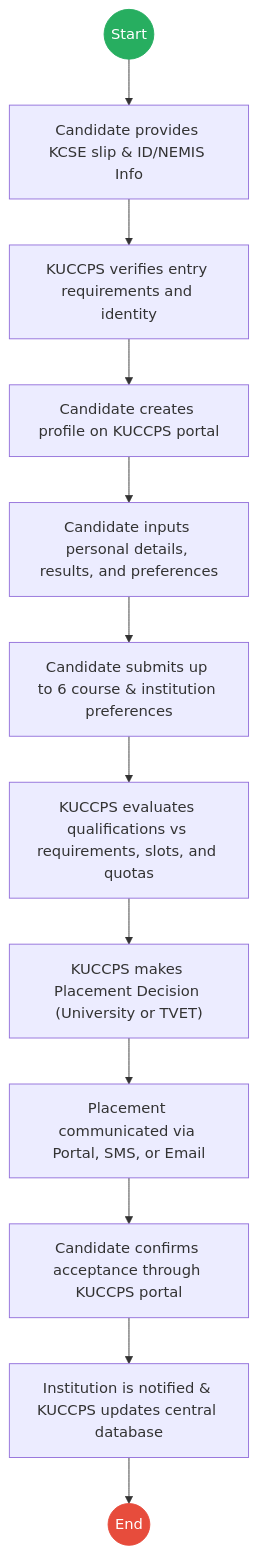
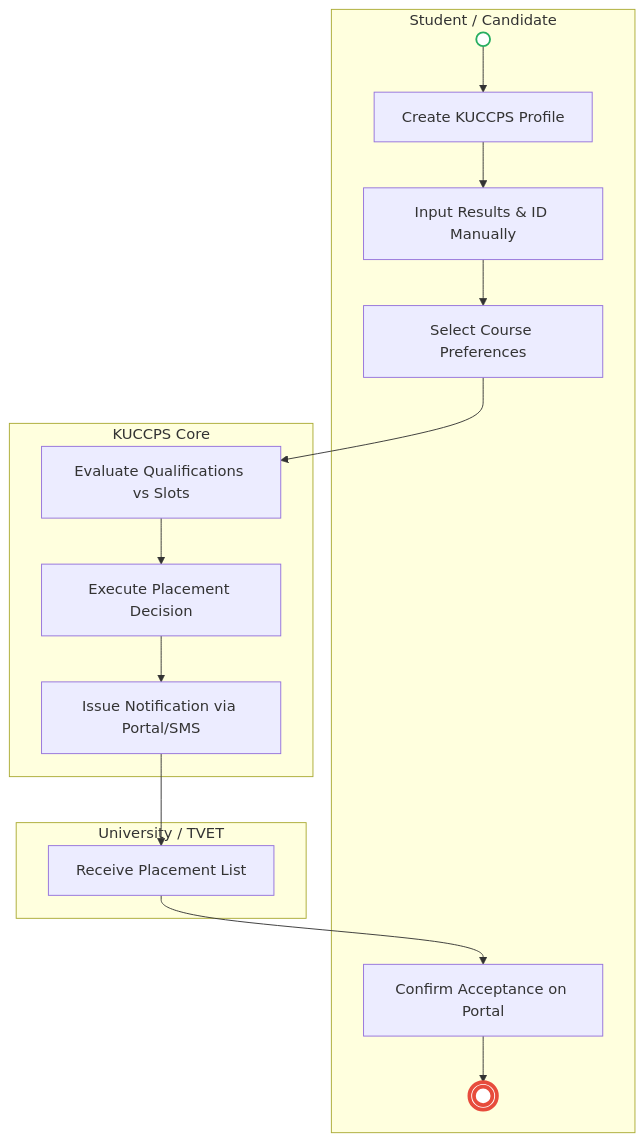
The first of 2 diagrams in mdas/docs_final/Kenya_Universities_And_Colleges_Central_Placement_Service___Student_Admission.md (BITZ-IT-Consulting-LTD/ictapoc), drawn with Mermaid before and after one commit. The commit also changed other lines of this file and 13 other files, not shown here.

````diff
--- a/mdas/docs_final/Kenya_Universities_And_Colleges_Central_Placement_Service___Student_Admission.md
+++ b/mdas/docs_final/Kenya_Universities_And_Colleges_Central_Placement_Service___Student_Admission.md
@@ -20,19 +18,23 @@
 ```mermaid
-graph TD
-    Start((Start)) --> S1
-    S1["Candidate provides KCSE slip & ID/NEMIS Info"] --> S2
-    S2["KUCCPS verifies entry requirements and identity"] --> S3
-    S3["Candidate creates profile on KUCCPS portal"] --> S4
-    S4["Candidate inputs personal details, results, and preferences"] --> S5
-    S5["Candidate submits up to 6 course & institution preferences"] --> S6
-    S6["KUCCPS evaluates qualifications vs requirements, slots, and quotas"] --> S7
-    S7["KUCCPS makes Placement Decision (University or TVET)"] --> S8
-    S8["Placement communicated via Portal, SMS, or Email"] --> S9
-    S9["Candidate confirms acceptance through KUCCPS portal"] --> S10
-    S10["Institution is notified & KUCCPS updates central database"] --> End((End))
+flowchart TD
+    subgraph Candidate["Student / Candidate"]
+        Start(( )) --> A1[Create KUCCPS Profile]
+        A1 --> A2[Input Results & ID Manually]
+        A2 --> A3[Select Course Preferences]
+        A6[Confirm Acceptance on Portal] --> End((( )))
+    end
 
-    classDef start fill:#27ae60,stroke:#27ae60,color:#fff;
-    classDef endNode fill:#e74c3c,stroke:#e74c3c,color:#fff;
-    class Start start;
-    class End endNode;
+    subgraph KUCCPS["KUCCPS Core"]
+        A3 --> B1[Evaluate Qualifications vs Slots]
+        B1 --> B2[Execute Placement Decision]
+        B2 --> B3[Issue Notification via Portal/SMS]
+    end
+
+    subgraph Tertiary["University / TVET"]
+        B3 --> C1[Receive Placement List]
+        C1 --> A6
+    end
+
+    style Start fill:#fff,stroke:#27ae60,stroke-width:2px
+    style End fill:#fff,stroke:#e74c3c,stroke-width:4px
 ```
````
